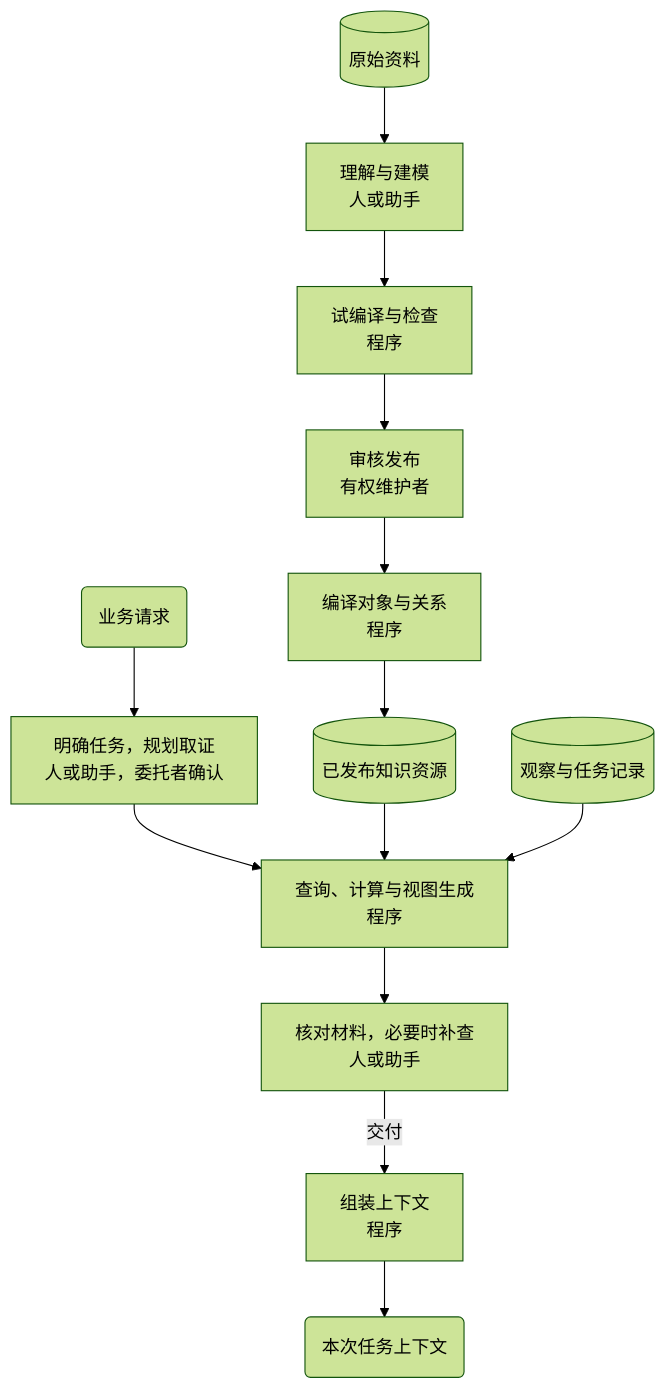
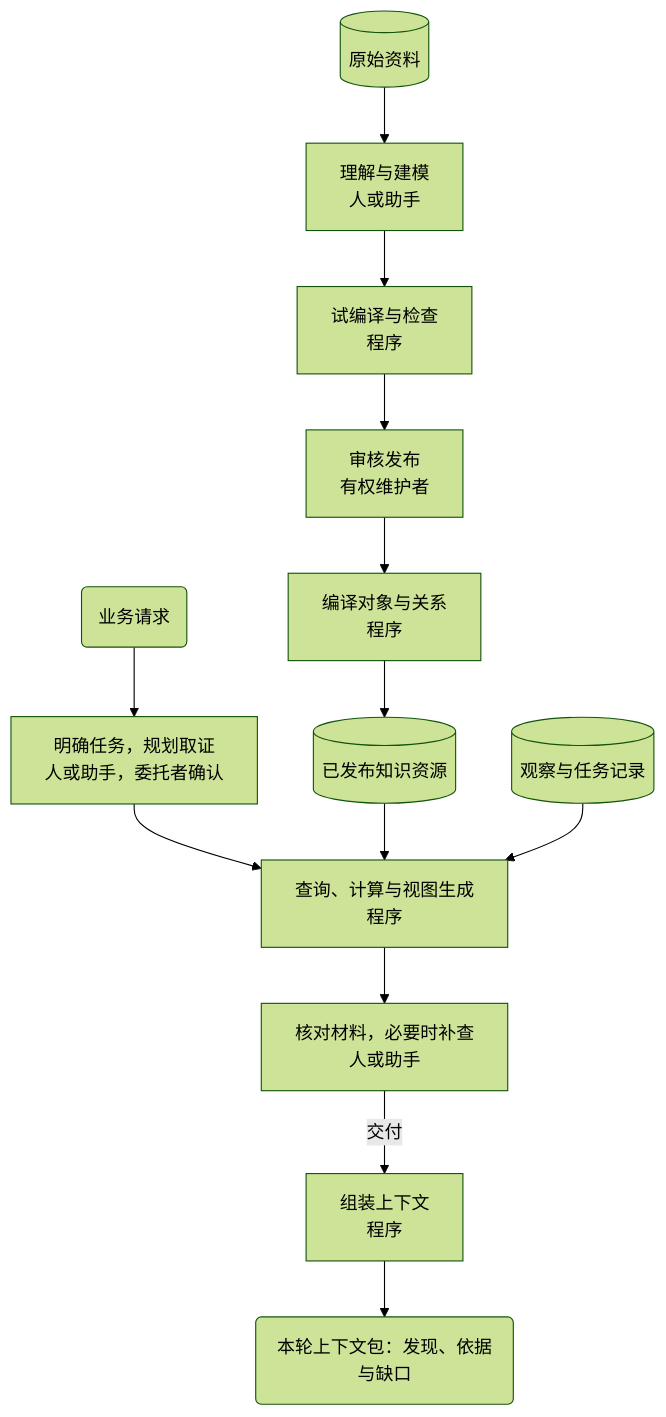
The first of 2 diagrams in book/part-4/chapter-14.md (LENSHOOD/enterprise-context-book), drawn with Mermaid (forest theme) before and after one commit. The commit also changed other lines of this file and 56 other files, not shown here.

````diff
--- a/book/part-4/chapter-14.md
+++ b/book/part-4/chapter-14.md
@@ -33,21 +33,21 @@
 ```mermaid
 flowchart TB
   Raw[(原始资料)]
   Build[理解与建模<br/>人或助手]
   Check[试编译与检查<br/>程序]
   Review[审核发布<br/>有权维护者]
   Compile[编译对象与关系<br/>程序]
   Resources[(已发布知识资源)]
   Live[(观察与任务记录)]
   Request(业务请求)
   Plan[明确任务，规划取证<br/>人或助手，委托者确认]
   Read[查询、计算与视图生成<br/>程序]
   Assess[核对材料，必要时补查<br/>人或助手]
   Pack[组装上下文<br/>程序]
-  Package(本次任务上下文)
+  Package(本轮上下文包：发现、依据与缺口)
   Raw --> Build --> Check --> Review --> Compile --> Resources
   Request --> Plan --> Read --> Assess
   Resources --> Read
   Live --> Read
   Assess -->|交付| Pack --> Package
 ```
````
